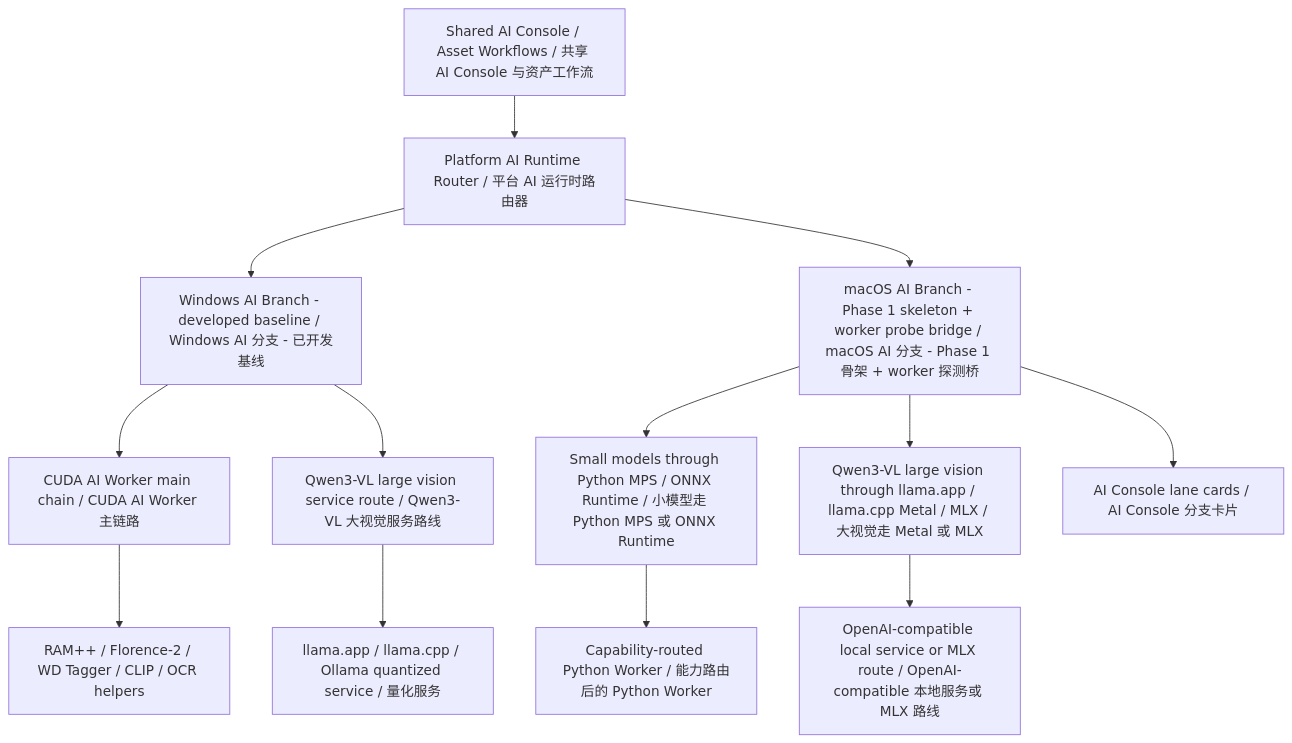
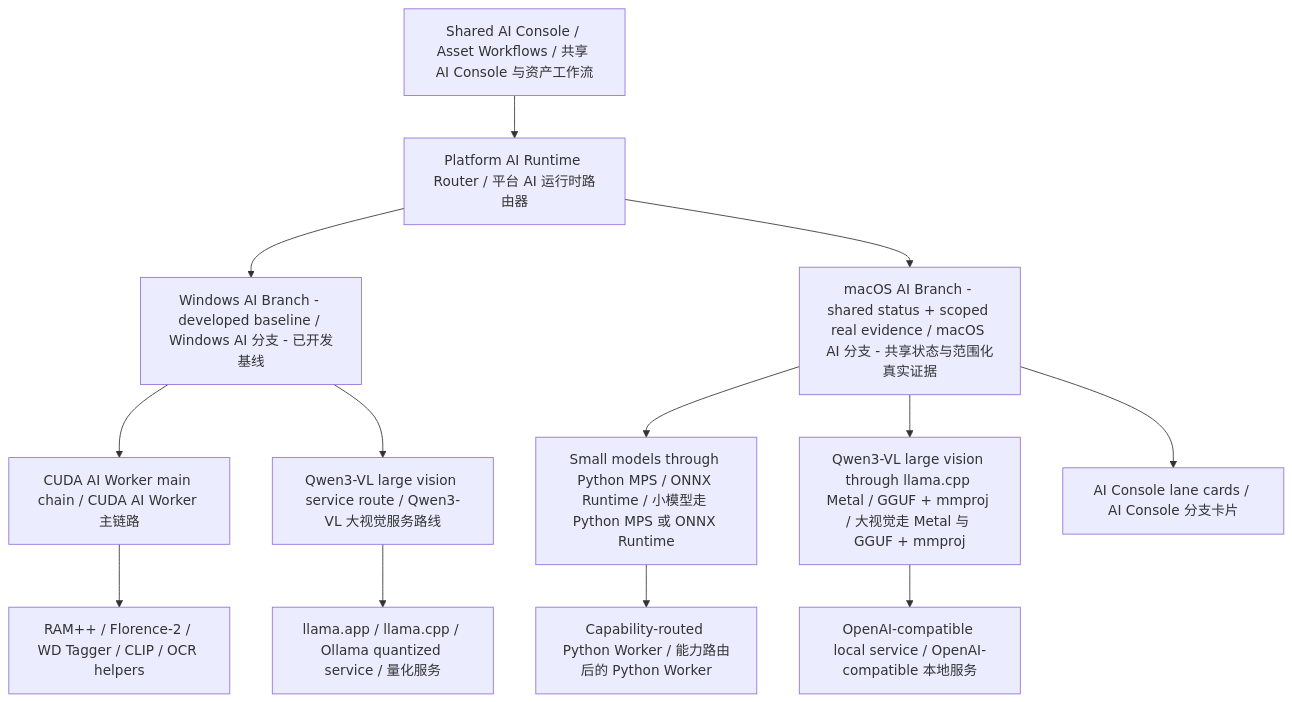
The fifth of 6 diagrams in docs/architecture-mindmap.md (zhr0210/design-asset-manager), drawn with Mermaid before and after one commit. The commit also changed other lines of this file and 3354 other files, not shown here.

````diff
--- a/docs/architecture-mindmap.md
+++ b/docs/architecture-mindmap.md
@@ -267,17 +271,17 @@
 ```mermaid
 flowchart TB
   SharedUI["Shared AI Console / Asset Workflows / 共享 AI Console 与资产工作流"] --> RuntimeRouter["Platform AI Runtime Router / 平台 AI 运行时路由器"]
   RuntimeRouter --> WindowsBranch["Windows AI Branch - developed baseline / Windows AI 分支 - 已开发基线"]
-  RuntimeRouter --> MacBranch["macOS AI Branch - Phase 1 skeleton + worker probe bridge / macOS AI 分支 - Phase 1 骨架 + worker 探测桥"]
+  RuntimeRouter --> MacBranch["macOS AI Branch - shared status + scoped real evidence / macOS AI 分支 - 共享状态与范围化真实证据"]
 
   WindowsBranch --> WinSmall["CUDA AI Worker main chain / CUDA AI Worker 主链路"]
   WindowsBranch --> WinLarge["Qwen3-VL large vision service route / Qwen3-VL 大视觉服务路线"]
   WinSmall --> WinCoop["RAM++ / Florence-2 / WD Tagger / CLIP / OCR helpers"]
   WinLarge --> WinService["llama.app / llama.cpp / Ollama quantized service / 量化服务"]
 
   MacBranch --> MacSmall["Small models through Python MPS / ONNX Runtime / 小模型走 Python MPS 或 ONNX Runtime"]
-  MacBranch --> MacLarge["Qwen3-VL large vision through llama.app / llama.cpp Metal / MLX / 大视觉走 Metal 或 MLX"]
+  MacBranch --> MacLarge["Qwen3-VL large vision through llama.cpp Metal / GGUF + mmproj / 大视觉走 Metal 与 GGUF + mmproj"]
   MacBranch --> MacConsole["AI Console lane cards / AI Console 分支卡片"]
   MacSmall --> MacWorker["Capability-routed Python Worker / 能力路由后的 Python Worker"]
-  MacLarge --> MacService["OpenAI-compatible local service or MLX route / OpenAI-compatible 本地服务或 MLX 路线"]
+  MacLarge --> MacService["OpenAI-compatible local service / OpenAI-compatible 本地服务"]
 ```
````
